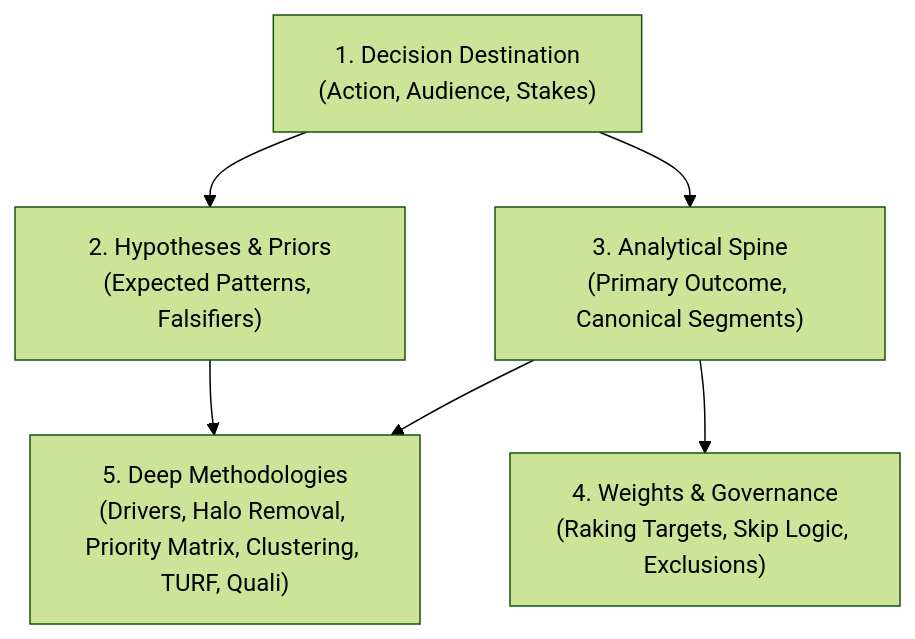
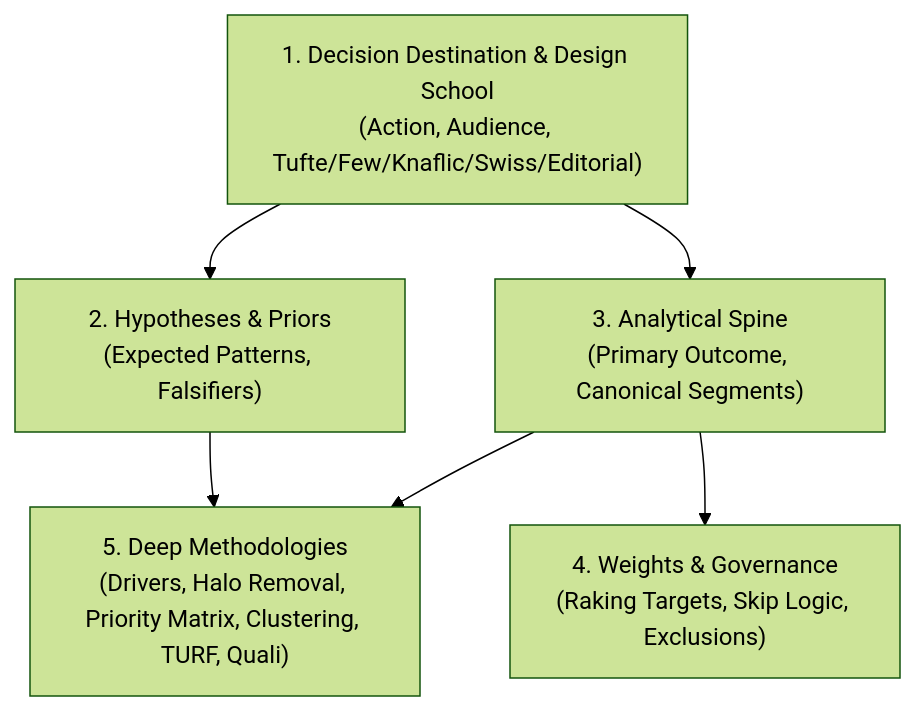
One commit to pablodiegoo/Data-Pro-Skill changed the diagram in references/dps-clarify.md. Above: the diagram before and after it, drawn with Mermaid (forest theme). The commit also changed other lines of this file and 30 other files, not shown here.

Commit message:
feat: implement multi-school data design architecture supporting tufte, few, knaflic, swiss, and editorial styles

````diff
--- a/references/dps-clarify.md
+++ b/references/dps-clarify.md
@@ -31,8 +31,8 @@
 ```mermaid
 flowchart TD
-    B1["1. Decision Destination<br/>(Action, Audience, Stakes)"] --> B2["2. Hypotheses & Priors<br/>(Expected Patterns, Falsifiers)"]
+    B1["1. Decision Destination & Design School<br/>(Action, Audience, Tufte/Few/Knaflic/Swiss/Editorial)"] --> B2["2. Hypotheses & Priors<br/>(Expected Patterns, Falsifiers)"]
     B1 --> B3["3. Analytical Spine<br/>(Primary Outcome, Canonical Segments)"]
     B3 --> B4["4. Weights & Governance<br/>(Raking Targets, Skip Logic, Exclusions)"]
     B2 --> B5["5. Deep Methodologies<br/>(Drivers, Halo Removal, Priority Matrix, Clustering, TURF, Quali)"]
     B3 --> B5
 ```
````
